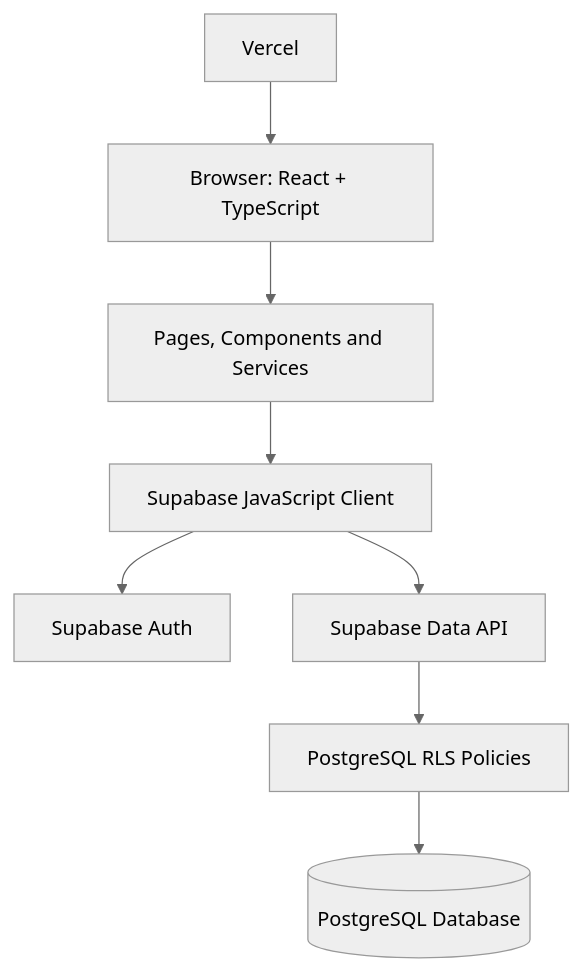
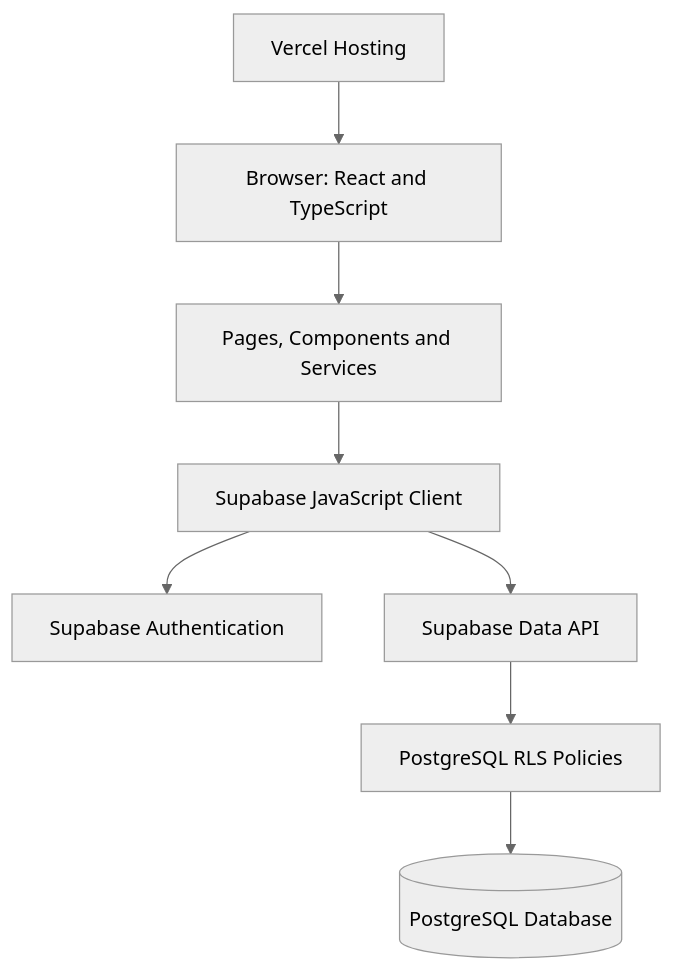
Before and after one commit to Pratham180910/vyra-campus-platform: the diagram in README.md, drawn with Mermaid (neutral theme).

Commit message:
Fix mermaid diagram formatting in README
Updated mermaid diagram syntax and labels for clarity.

````diff
--- a/README.md
+++ b/README.md
@@ -155,10 +155,10 @@
-``` mermaid
+```mermaid
 flowchart TD
-    A[Browser: React + TypeScript] --> B[Pages, Components and Services]
-    B --> C[Supabase JavaScript Client]
-    C --> D[Supabase Auth]
-    C --> E[Supabase Data API]
-    E --> F[PostgreSQL RLS Policies]
-    F --> G[(PostgreSQL Database)]
-    H[Vercel] --> A
+    A["Browser: React and TypeScript"] --> B["Pages, Components and Services"]
+    B --> C["Supabase JavaScript Client"]
+    C --> D["Supabase Authentication"]
+    C --> E["Supabase Data API"]
+    E --> F["PostgreSQL RLS Policies"]
+    F --> G[("PostgreSQL Database")]
+    H["Vercel Hosting"] --> A
 ```
````
